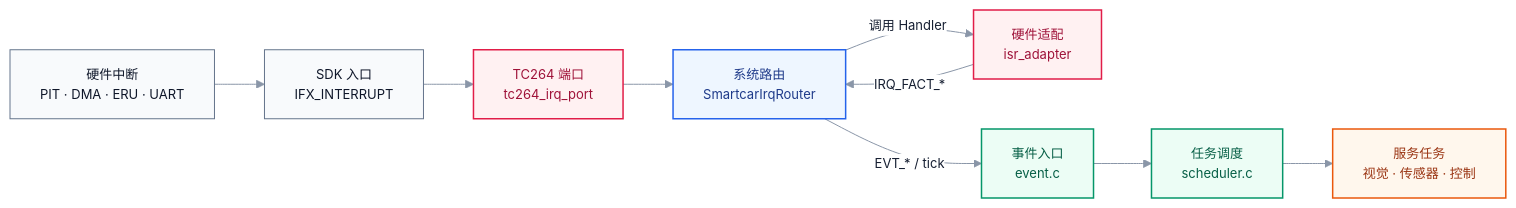
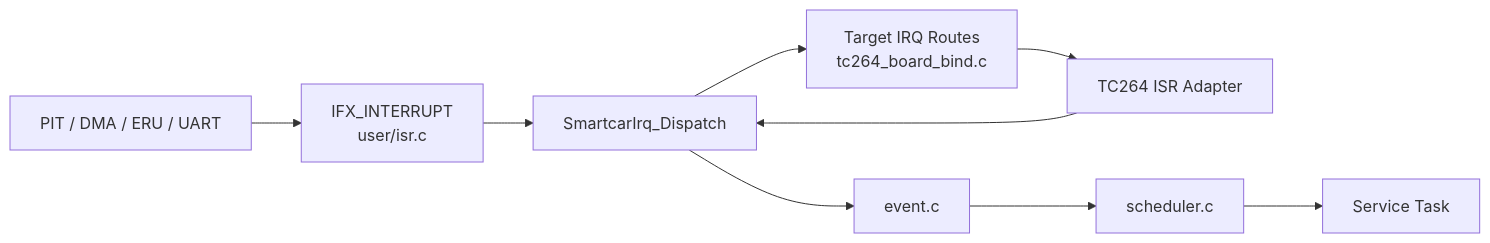
Before and after one commit to ParacosmYy/GS_Smart_car: the second of 2 diagrams in README.md, drawn with Mermaid. The commit also changed other lines of this file and 1 other file, not shown here.

````diff
--- a/README.md
+++ b/README.md
@@ -94,23 +46,15 @@
 ```mermaid
-%%{init: {'theme':'base','themeVariables': {'fontFamily':'Segoe UI,Arial,sans-serif','fontSize':'13px','primaryColor':'#ffffff','primaryTextColor':'#172033','lineColor':'#8a96a8'}}}%%
 flowchart LR
-    classDef hw fill:#f8fafc,stroke:#64748b,color:#0f172a
-    classDef port fill:#fff1f2,stroke:#e11d48,stroke-width:1.5px,color:#9f1239
-    classDef router fill:#eef6ff,stroke:#2563eb,stroke-width:1.5px,color:#1e3a8a
-    classDef event fill:#ecfdf5,stroke:#059669,stroke-width:1.5px,color:#065f46
-    classDef service fill:#fff7ed,stroke:#ea580c,stroke-width:1.5px,color:#9a3412
+    HW["PIT / DMA / ERU / UART"]
+    ISR["IFX_INTERRUPT<br/>user/isr.c"]
+    ROUTER["SmartcarIrq_Dispatch"]
+    ROUTES["Target IRQ Routes<br/>tc264_board_bind.c"]
+    ADAPTER["TC264 ISR Adapter"]
+    EVENT["event.c"]
+    SCHED["scheduler.c"]
+    TASK["Service Task"]
 
-    HW["硬件中断<br/>PIT · DMA · ERU · UART"]:::hw
-    ENTRY["SDK 入口<br/>IFX_INTERRUPT"]:::hw
-    PORT["TC264 端口<br/>tc264_irq_port"]:::port
-    ROUTER["系统路由<br/>SmartcarIrqRouter"]:::router
-    ADAPTER["硬件适配<br/>isr_adapter"]:::port
-    EVENT["事件入口<br/>event.c"]:::event
-    SCHED["任务调度<br/>scheduler.c"]:::event
-    TASK["服务任务<br/>视觉 · 传感器 · 控制"]:::service
-
-    HW --> ENTRY --> PORT --> ROUTER
-    ROUTER -->|调用 Handler| ADAPTER
-    ADAPTER -->|IRQ_FACT_*| ROUTER
-    ROUTER -->|EVT_* / tick| EVENT --> SCHED --> TASK
+    HW --> ISR --> ROUTER
+    ROUTER --> ROUTES --> ADAPTER --> ROUTER
+    ROUTER --> EVENT --> SCHED --> TASK
 ```
````
